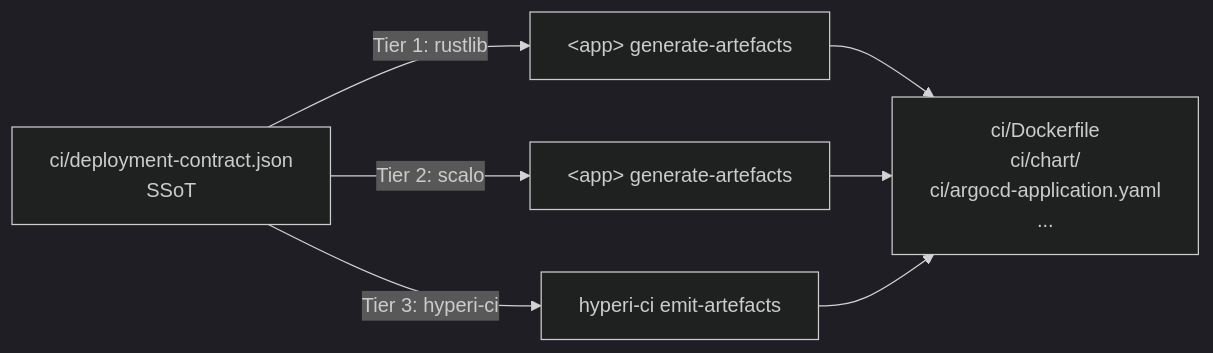
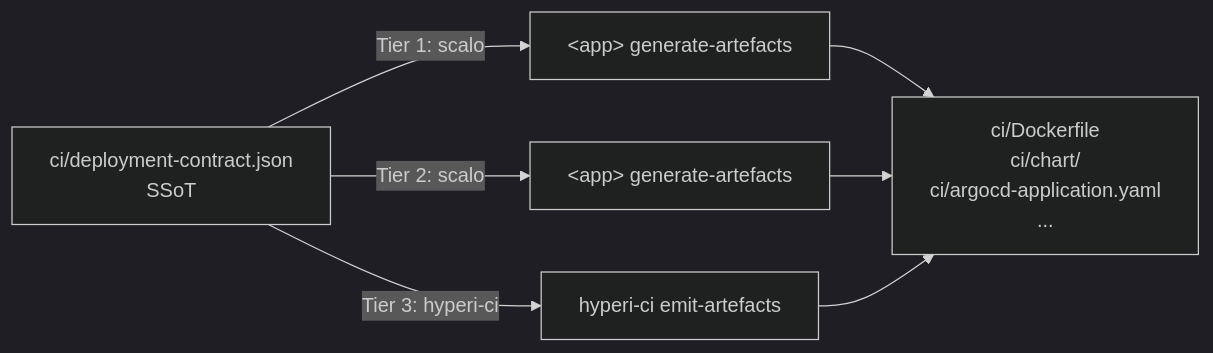
The diagram in docs/deployment-contract.md (hyperi-io/hyperi-ci), drawn with Mermaid (dark theme) before and after one commit. The commit also changed other lines of this file and 7 other files, not shown here.

````diff
--- a/docs/deployment-contract.md
+++ b/docs/deployment-contract.md
@@ -17,10 +17,10 @@
 ```mermaid
 flowchart LR
     C[ci/deployment-contract.json<br/>SSoT]
-    C -->|Tier 1: rustlib| GR["&lt;app&gt; generate-artefacts"]
+    C -->|Tier 1: scalo| GR["&lt;app&gt; generate-artefacts"]
     C -->|Tier 2: scalo| GP["&lt;app&gt; generate-artefacts"]
     C -->|Tier 3: hyperi-ci| GE["hyperi-ci emit-artefacts"]
     GR --> A["ci/Dockerfile<br/>ci/chart/<br/>ci/argocd-application.yaml<br/>..."]
     GP --> A
     GE --> A
 ```
````
